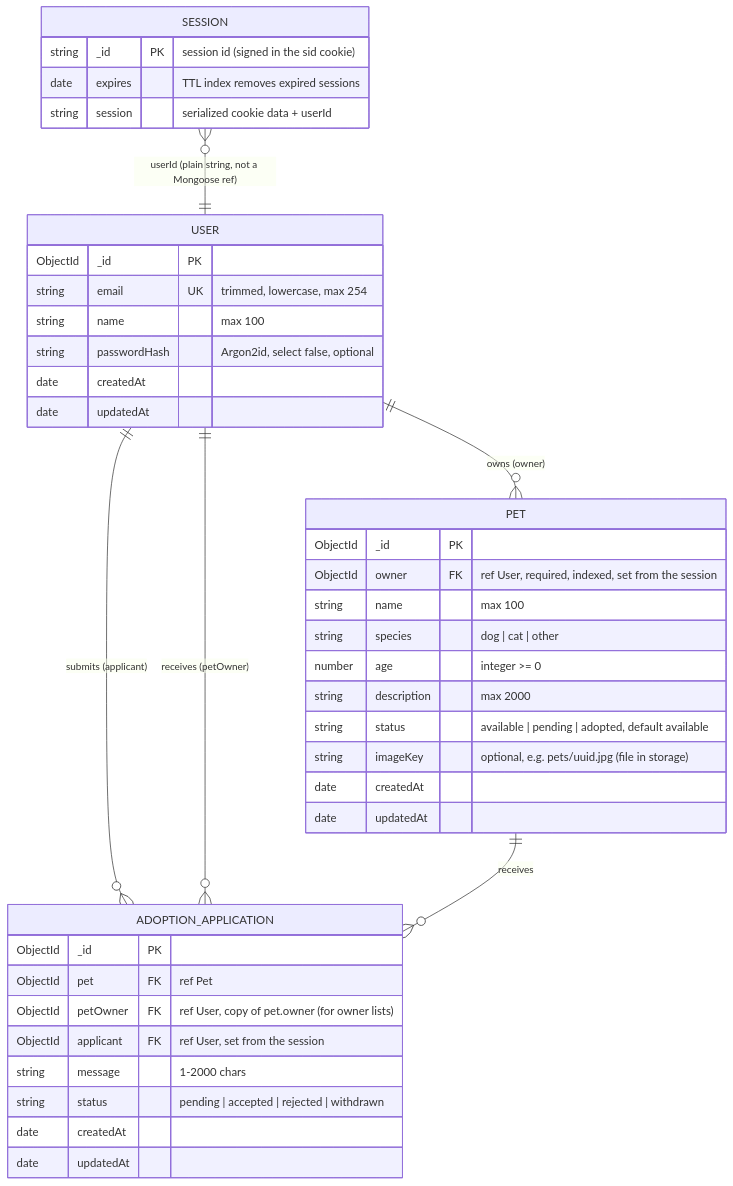
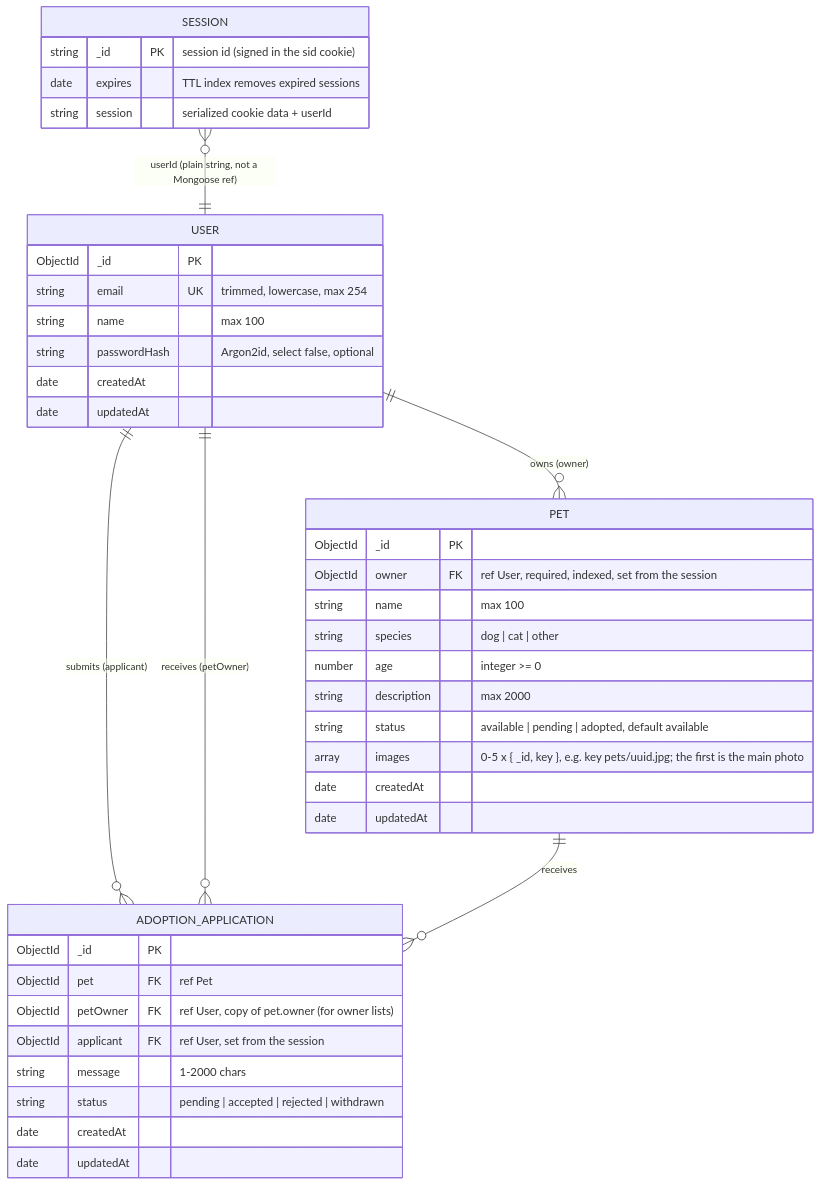
One commit to BojanSovtic/pet-adoption-system changed the sixth of 11 diagrams in docs/architecture.md. Above: the diagram before and after it, drawn with Mermaid. The commit also changed other lines of this file and 333 other files, not shown here.

````diff
--- a/docs/architecture.md
+++ b/docs/architecture.md
@@ -213,43 +216,43 @@
 ```mermaid
 erDiagram
   USER {
     ObjectId _id PK
     string email UK "trimmed, lowercase, max 254"
     string name "max 100"
     string passwordHash "Argon2id, select false, optional"
     date createdAt
     date updatedAt
   }
   PET {
     ObjectId _id PK
     ObjectId owner FK "ref User, required, indexed, set from the session"
     string name "max 100"
     string species "dog | cat | other"
     number age "integer >= 0"
     string description "max 2000"
     string status "available | pending | adopted, default available"
-    string imageKey "optional, e.g. pets/uuid.jpg (file in storage)"
+    array images "0-5 x { _id, key }, e.g. key pets/uuid.jpg; the first is the main photo"
     date createdAt
     date updatedAt
   }
   SESSION {
     string _id PK "session id (signed in the sid cookie)"
     date expires "TTL index removes expired sessions"
     string session "serialized cookie data + userId"
   }
   ADOPTION_APPLICATION {
     ObjectId _id PK
     ObjectId pet FK "ref Pet"
     ObjectId petOwner FK "ref User, copy of pet.owner (for owner lists)"
     ObjectId applicant FK "ref User, set from the session"
     string message "1-2000 chars"
     string status "pending | accepted | rejected | withdrawn"
     date createdAt
     date updatedAt
   }
   USER ||--o{ PET : "owns (owner)"
   USER ||--o{ ADOPTION_APPLICATION : "submits (applicant)"
   USER ||--o{ ADOPTION_APPLICATION : "receives (petOwner)"
   PET ||--o{ ADOPTION_APPLICATION : "receives"
   SESSION }o--|| USER : "userId (plain string, not a Mongoose ref)"
 ```
````
